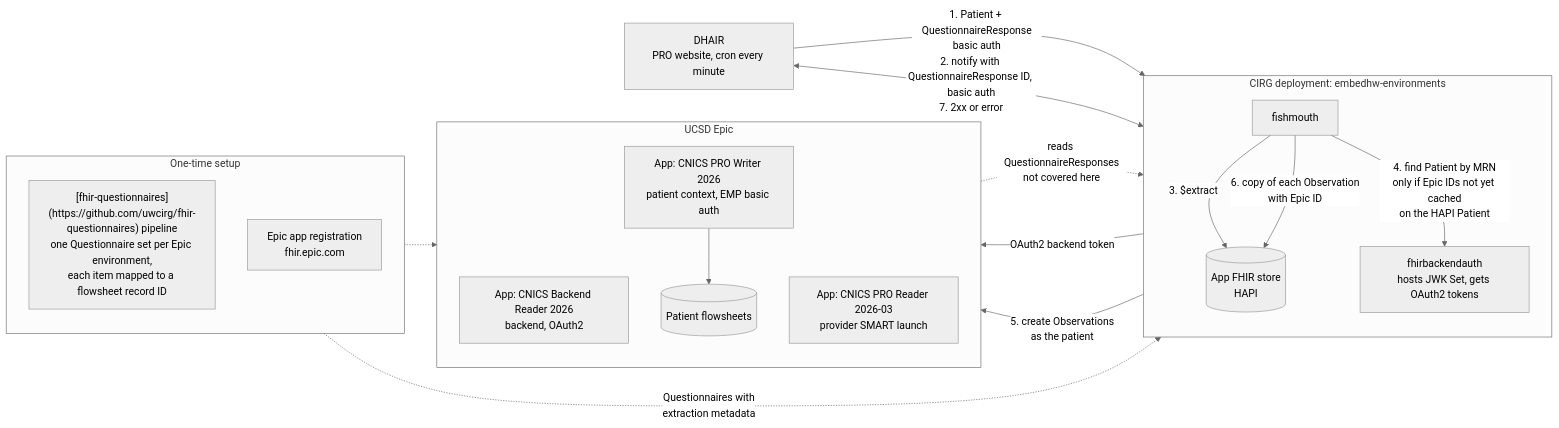
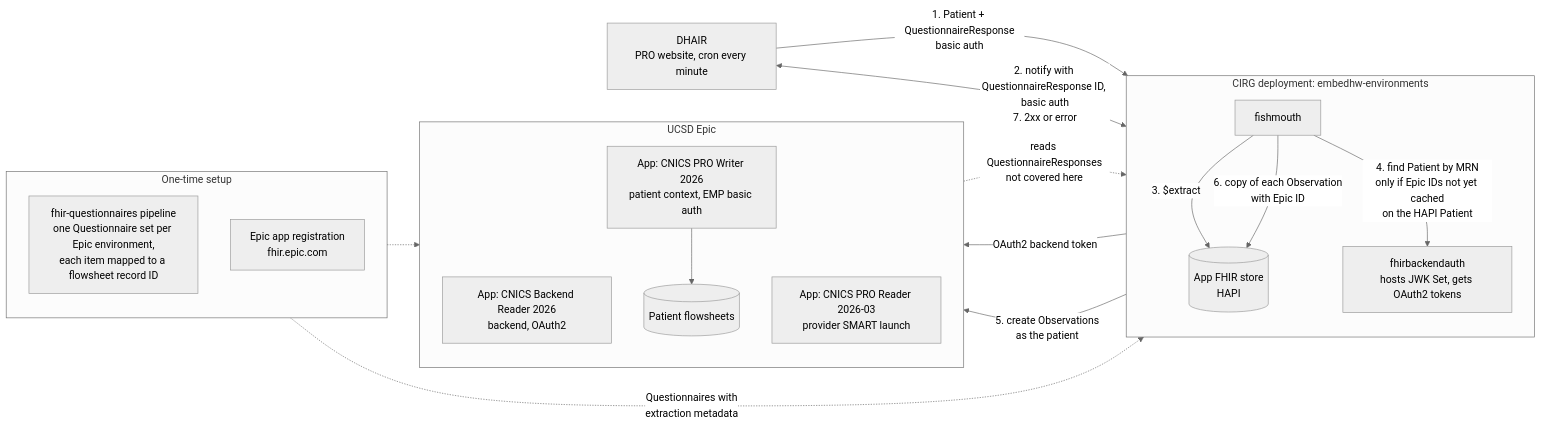
Before and after one commit to uwcirg/embedhw-environments: the first of 3 diagrams in docs/epic-write-flow.md, drawn with Mermaid (neutral theme).

Commit message:
Attempt to fix link in mermaid.

````diff
--- a/docs/epic-write-flow.md
+++ b/docs/epic-write-flow.md
@@ -14,40 +14,41 @@
 ```mermaid
 flowchart LR
     subgraph PREP["One-time setup"]
         direction TB
-        FQ["[fhir-questionnaires](https://github.com/uwcirg/fhir-questionnaires) pipeline<br/>one Questionnaire set per Epic environment,<br/>each item mapped to a flowsheet record ID"]
+        FQ["fhir-questionnaires pipeline<br/>one Questionnaire set per Epic environment,<br/>each item mapped to a flowsheet record ID"]
+        click FQ "https://github.com/uwcirg/fhir-questionnaires"
         REG["Epic app registration<br/>fhir.epic.com"]
     end
 
     DHAIR["DHAIR<br/>PRO website, cron every minute"]
 
     subgraph CIRG["CIRG deployment: embedhw-environments"]
         direction TB
         HAPI[("App FHIR store<br/>HAPI")]
         FM["fishmouth"]
         FBA["fhirbackendauth<br/>hosts JWK Set, gets OAuth2 tokens"]
     end
 
     subgraph EPIC["UCSD Epic"]
         direction TB
         BAPP["App: CNICS Backend Reader 2026<br/>backend, OAuth2"]
         WAPP["App: CNICS PRO Writer 2026<br/>patient context, EMP basic auth"]
         RAPP["App: CNICS PRO Reader 2026-03<br/>provider SMART launch"]
         FS[("Patient flowsheets")]
     end
 
     DHAIR -->|"1. Patient + QuestionnaireResponse<br/>basic auth"| HAPI
     DHAIR <-->|"2. notify with QuestionnaireResponse ID, basic auth<br/>7. 2xx or error"| FM
     FM -->|"3. $extract"| HAPI
     FM -->|"4. find Patient by MRN<br/>only if Epic IDs not yet cached<br/>on the HAPI Patient"| FBA
     FBA -->|"OAuth2 backend token"| BAPP
     FM -->|"5. create Observations<br/>as the patient"| WAPP
     WAPP --> FS
     FM -->|"6. copy of each Observation<br/>with Epic ID"| HAPI
 
     %% invisible link: keeps DHAIR just right of the setup block
     FQ ~~~ DHAIR
     FQ -.->|"Questionnaires with<br/>extraction metadata"| HAPI
     REG -.-> EPIC
     RAPP -.->|"reads QuestionnaireResponses<br/>not covered here"| HAPI
 ```
````
